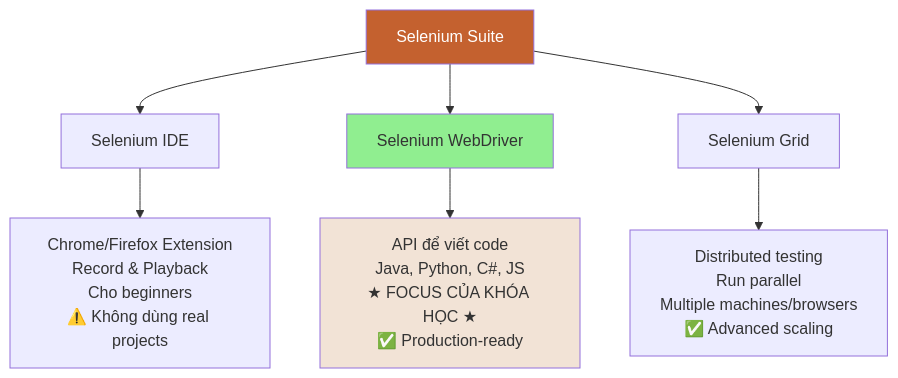
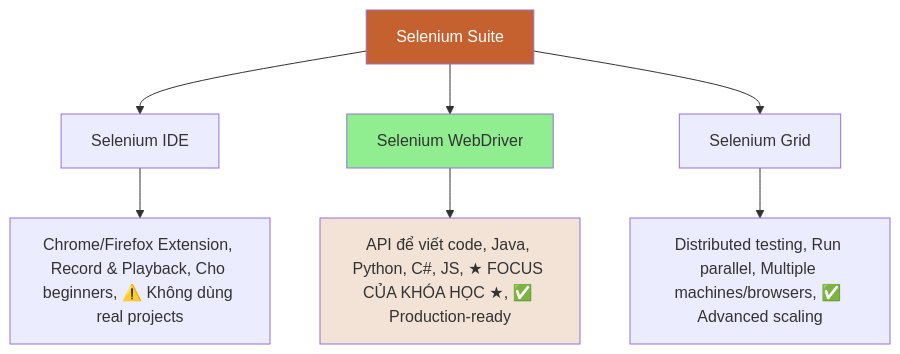
One commit to namnd0806/automation-testing-cource changed the third of 9 diagrams in 04-selenium-introduction.md. Above: the diagram before and after it, drawn with Mermaid. The commit also changed other lines of this file and 4 other files, not shown here.

First line of the commit message:
Fix: Sửa tất cả sơ đồ Mermaid lỗi format

````diff
--- a/04-selenium-introduction.md
+++ b/04-selenium-introduction.md
@@ -90,18 +90,18 @@
 ```mermaid
 graph TD
     A[Selenium Suite]
     
     A --> B[Selenium IDE]
     A --> C[Selenium WebDriver]
     A --> D[Selenium Grid]
     
-    B --> E[Chrome/Firefox Extension<br/>Record & Playback<br/>Cho beginners<br/>⚠️ Không dùng real projects]
+    B --> E[Chrome/Firefox Extension, Record & Playback, Cho beginners, ⚠️ Không dùng real projects]
     
-    C --> F[API để viết code<br/>Java, Python, C#, JS<br/>★ FOCUS CỦA KHÓA HỌC ★<br/>✅ Production-ready]
+    C --> F[API để viết code, Java, Python, C#, JS, ★ FOCUS CỦA KHÓA HỌC ★, ✅ Production-ready]
     
-    D --> G[Distributed testing<br/>Run parallel<br/>Multiple machines/browsers<br/>✅ Advanced scaling]
+    D --> G[Distributed testing, Run parallel, Multiple machines/browsers, ✅ Advanced scaling]
     
     style A fill:#C4612F,color:#fff
     style C fill:#90EE90
     style F fill:#F2E3D6
 ```
````
